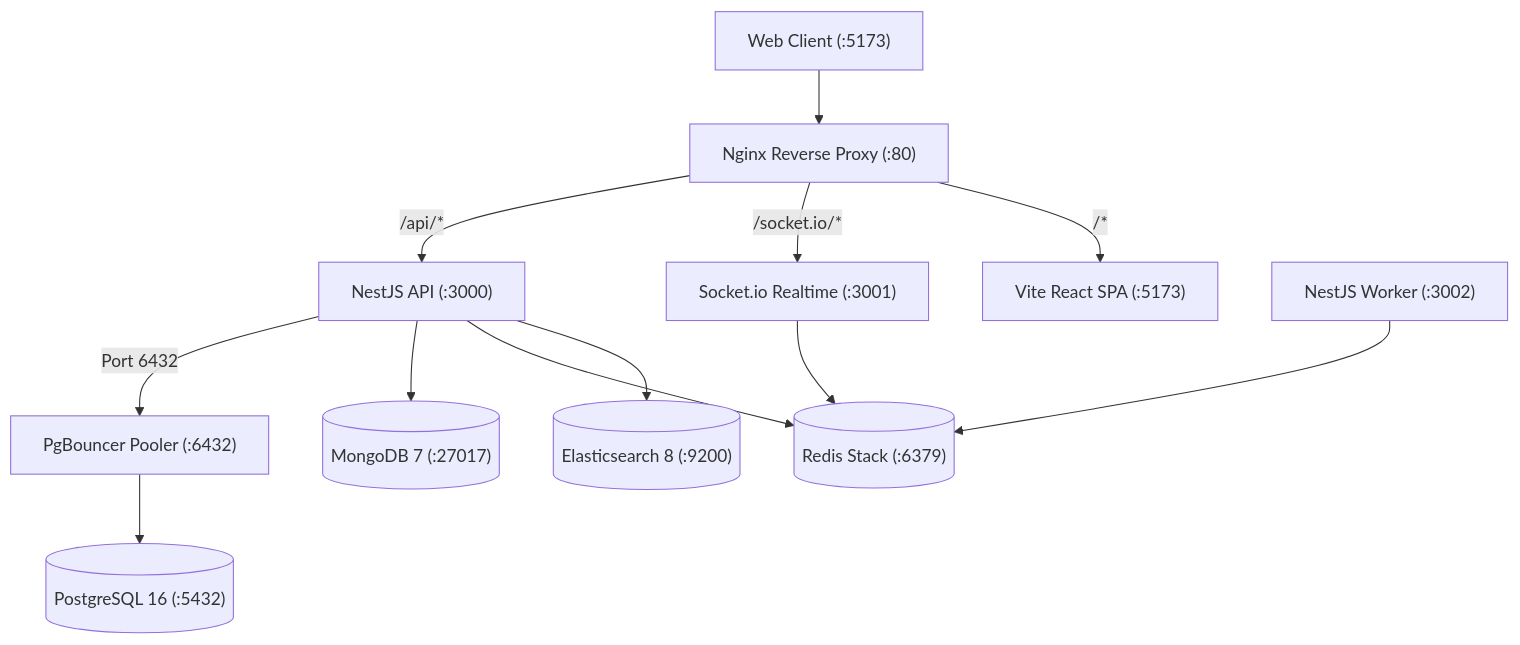
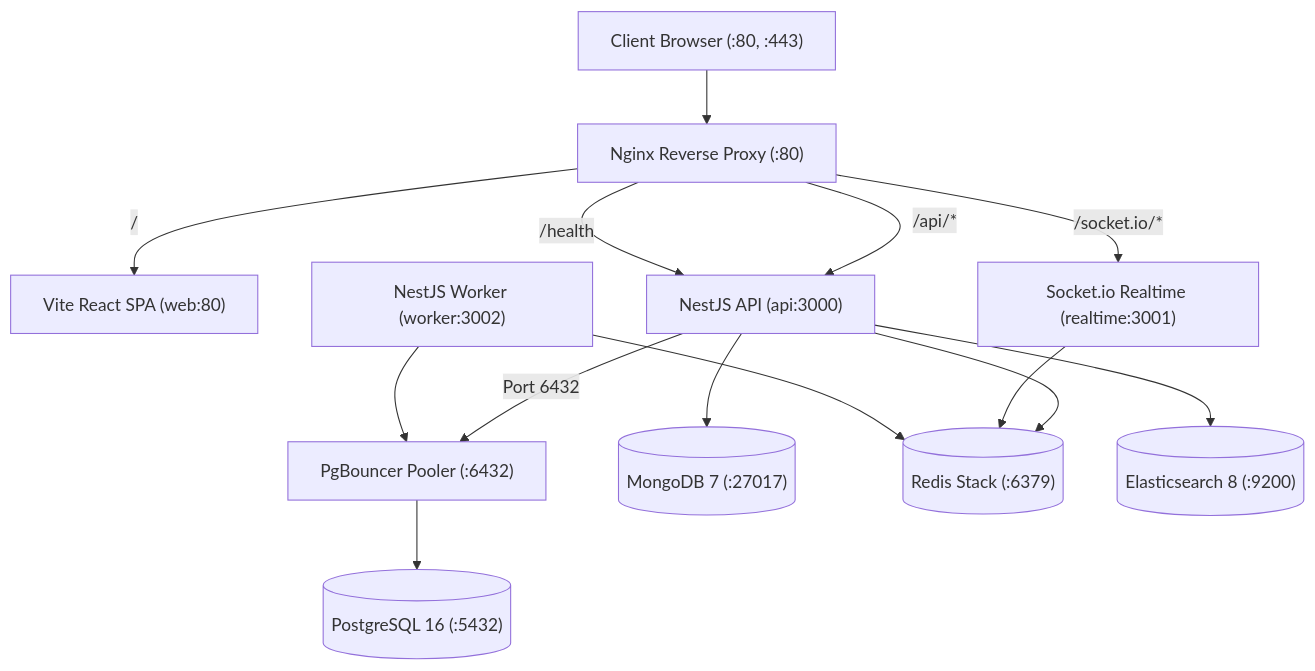
One commit to mAliz007/UrTicketBuddy changed the diagram in README.md. Above: the diagram before and after it, drawn with Mermaid. The commit also changed other lines of this file and 7 other files, not shown here.

````diff
--- a/README.md
+++ b/README.md
@@ -9,16 +23,18 @@
 ```mermaid
 graph TD
-    Client["Web Client (:5173)"] --> Nginx["Nginx Reverse Proxy (:80)"]
-    Nginx -->|/api/*| API["NestJS API (:3000)"]
-    Nginx -->|/socket.io/*| Realtime["Socket.io Realtime (:3001)"]
-    Nginx -->|/*| Web["Vite React SPA (:5173)"]
+    Client["Client Browser (:80, :443)"] --> Nginx["Nginx Reverse Proxy (:80)"]
+    Nginx -->|/| Web["Vite React SPA (web:80)"]
+    Nginx -->|/api/*| API["NestJS API (api:3000)"]
+    Nginx -->|/health| API
+    Nginx -->|/socket.io/*| Realtime["Socket.io Realtime (realtime:3001)"]
 
     API -->|Port 6432| PgBouncer["PgBouncer Pooler (:6432)"]
     PgBouncer --> Postgres[("PostgreSQL 16 (:5432)")]
     API --> Mongo[("MongoDB 7 (:27017)")]
     API --> Redis[("Redis Stack (:6379)")]
     API --> Elastic[("Elasticsearch 8 (:9200)")]
 
     Realtime --> Redis
-    Worker["NestJS Worker (:3002)"] --> Redis
+    Worker["NestJS Worker (worker:3002)"] --> Redis
+    Worker --> PgBouncer
 ```
````
